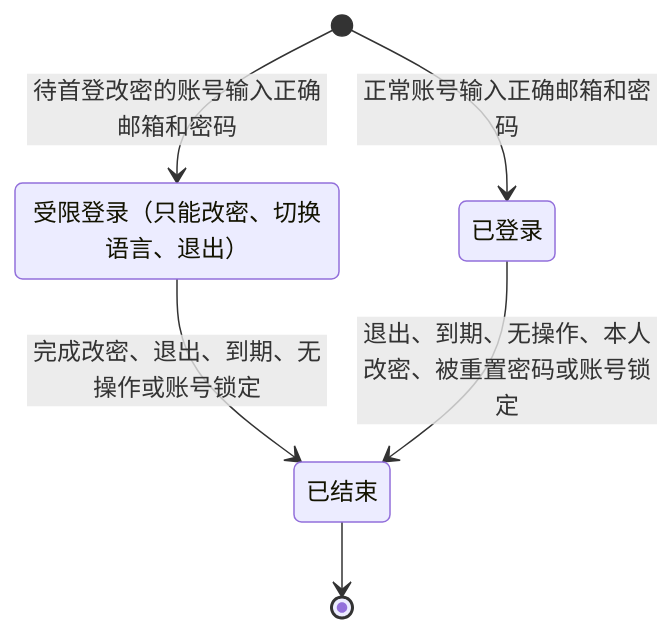
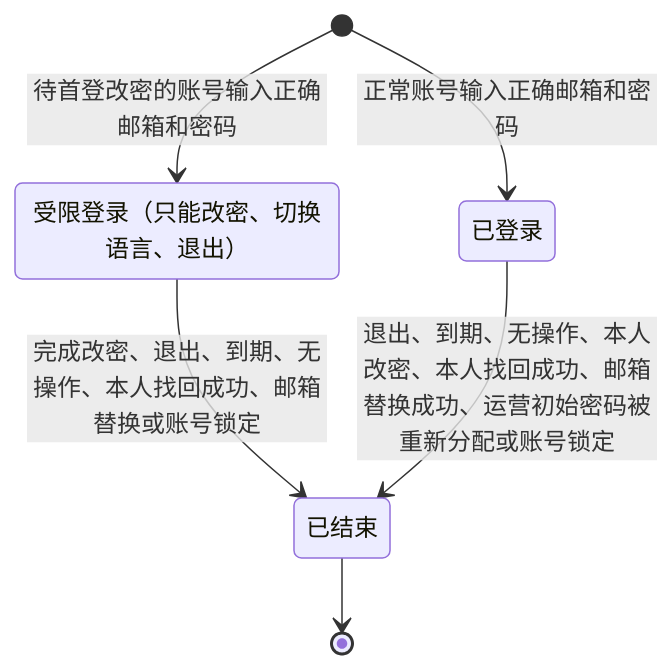
The fifth of 8 diagrams in token-issuance-platform/PRD/v1.0-管理端登录与权限-流程图与状态机.md (wxblockchain/Chain-Financing), drawn with Mermaid before and after one commit. The commit also changed other lines of this file and 9 other files, not shown here.

````diff
--- a/token-issuance-platform/PRD/v1.0-管理端登录与权限-流程图与状态机.md
+++ b/token-issuance-platform/PRD/v1.0-管理端登录与权限-流程图与状态机.md
@@ -106,11 +111,11 @@
 ```mermaid
 stateDiagram-v2
     state "受限登录（只能改密、切换语言、退出）" as R
     state "已登录" as L
     state "已结束" as E
     [*] --> R: 待首登改密的账号输入正确邮箱和密码
     [*] --> L: 正常账号输入正确邮箱和密码
-    R --> E: 完成改密、退出、到期、无操作或账号锁定
-    L --> E: 退出、到期、无操作、本人改密、被重置密码或账号锁定
+    R --> E: 完成改密、退出、到期、无操作、本人找回成功、邮箱替换或账号锁定
+    L --> E: 退出、到期、无操作、本人改密、本人找回成功、邮箱替换成功、运营初始密码被重新分配或账号锁定
     E --> [*]
 ```
````
